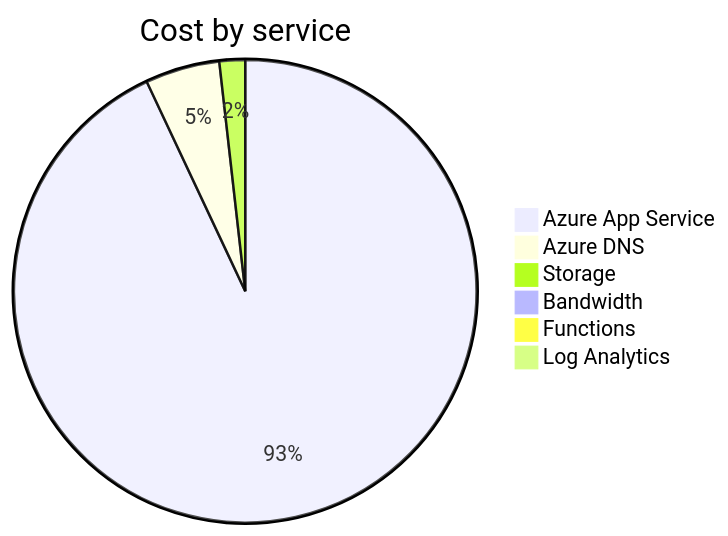
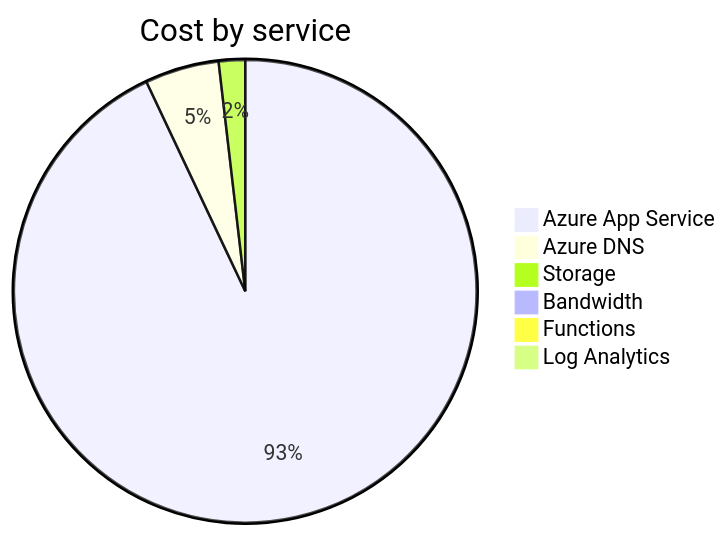
The second of 4 diagrams in cost-reports/accumulated-cost.md (jpfulton/azure-personal-reports), drawn with Mermaid before and after one commit. The commit also changed other lines of this file and 4 other files, not shown here.

````diff
--- a/cost-reports/accumulated-cost.md
+++ b/cost-reports/accumulated-cost.md
@@ -100,10 +100,10 @@
 ```mermaid
 pie
    title Cost by service
-   "Azure App Service" : 9.84
-   "Azure DNS" : 0.55
-   "Storage" : 0.19
+   "Azure App Service" : 10.60
+   "Azure DNS" : 0.59
+   "Storage" : 0.21
    "Bandwidth" : 0.00
    "Functions" : 0.00
    "Log Analytics" : 0.00
 ```
````
